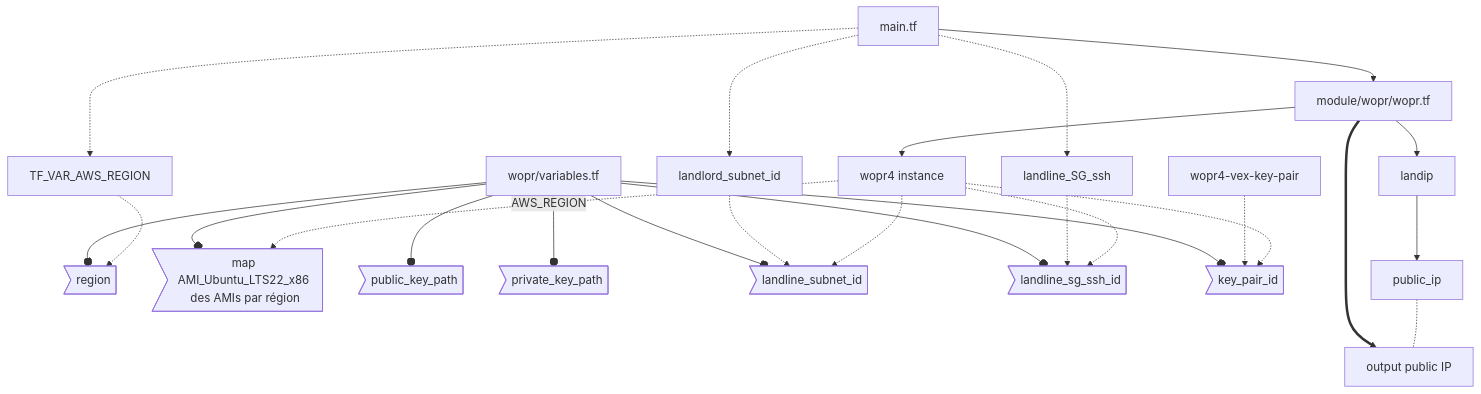
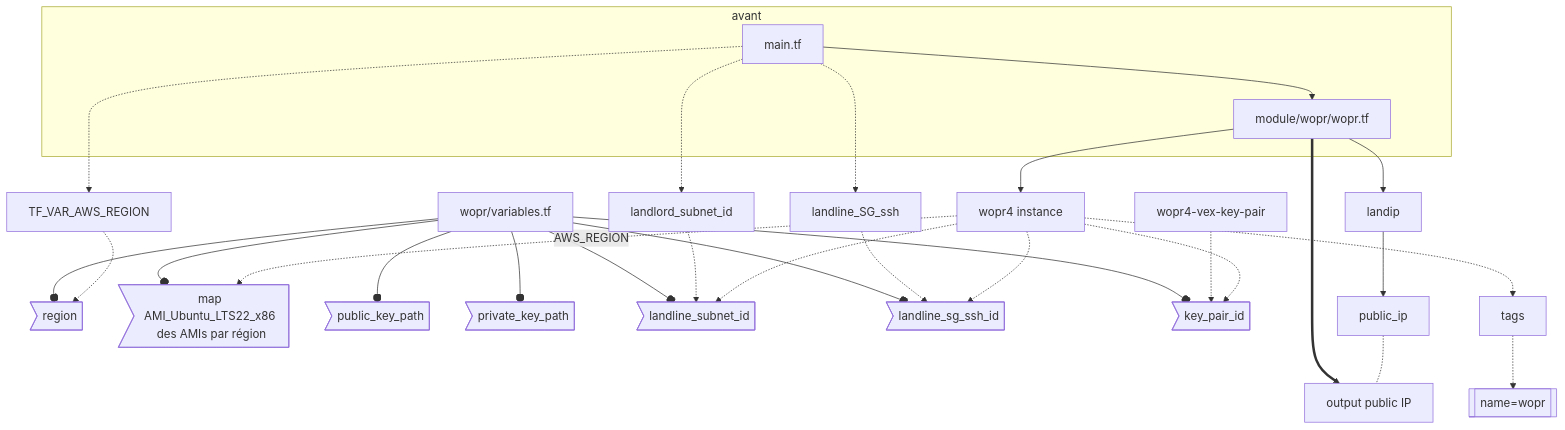
Before and after one commit to claudebamberger/claudebamberger: the fourth of 4 diagrams in aws-vex/README.md, drawn with Mermaid. The commit also changed other lines of this file and 3 other files, not shown here.

````diff
--- a/aws-vex/README.md
+++ b/aws-vex/README.md
@@ -171,26 +227,29 @@
   ```mermaid
     graph TD
-    main.tf --> module/wopr/wopr.tf
+    subgraph avant
+      main.tf --> module/wopr/wopr.tf
+    end
     wopr/variables.tf --o region>region]
     wopr/variables.tf --o AMI_Ubuntu_LTS22_x86>map AMI_Ubuntu_LTS22_x86 des AMIs par région]
     wopr/variables.tf --o public_key_path>public_key_path]
     wopr/variables.tf --o private_key_path>private_key_path]
     wopr/variables.tf --o landline_subnet_id>landline_subnet_id]
     wopr/variables.tf --o landline_sg_ssh_id>landline_sg_ssh_id]
     wopr/variables.tf --o key_pair_id>key_pair_id]
     main.tf -.-> TF_VAR_AWS_REGION -.-> region
     main.tf -.-> landlord_subnet_id -.-> landline_subnet_id
     main.tf -.-> landline_SG_ssh -.-> landline_sg_ssh_id
     wopr4-vex-key-pair -.-> key_pair_id
 
     module/wopr/wopr.tf --> landip --> public_ip
     module/wopr/wopr.tf --> wopr4[wopr4 instance]
     wopr4 -.AWS_REGION.-> AMI_Ubuntu_LTS22_x86
     wopr4 -.-> landline_subnet_id
     wopr4 -.-> landline_sg_ssh_id
     wopr4 -.-> key_pair_id
+    wopr4 -.-> tags -.-> name[[name=wopr]]
 
     module/wopr/wopr.tf ====> output[output public IP]
     public_ip -.- output
 
   ```
````
